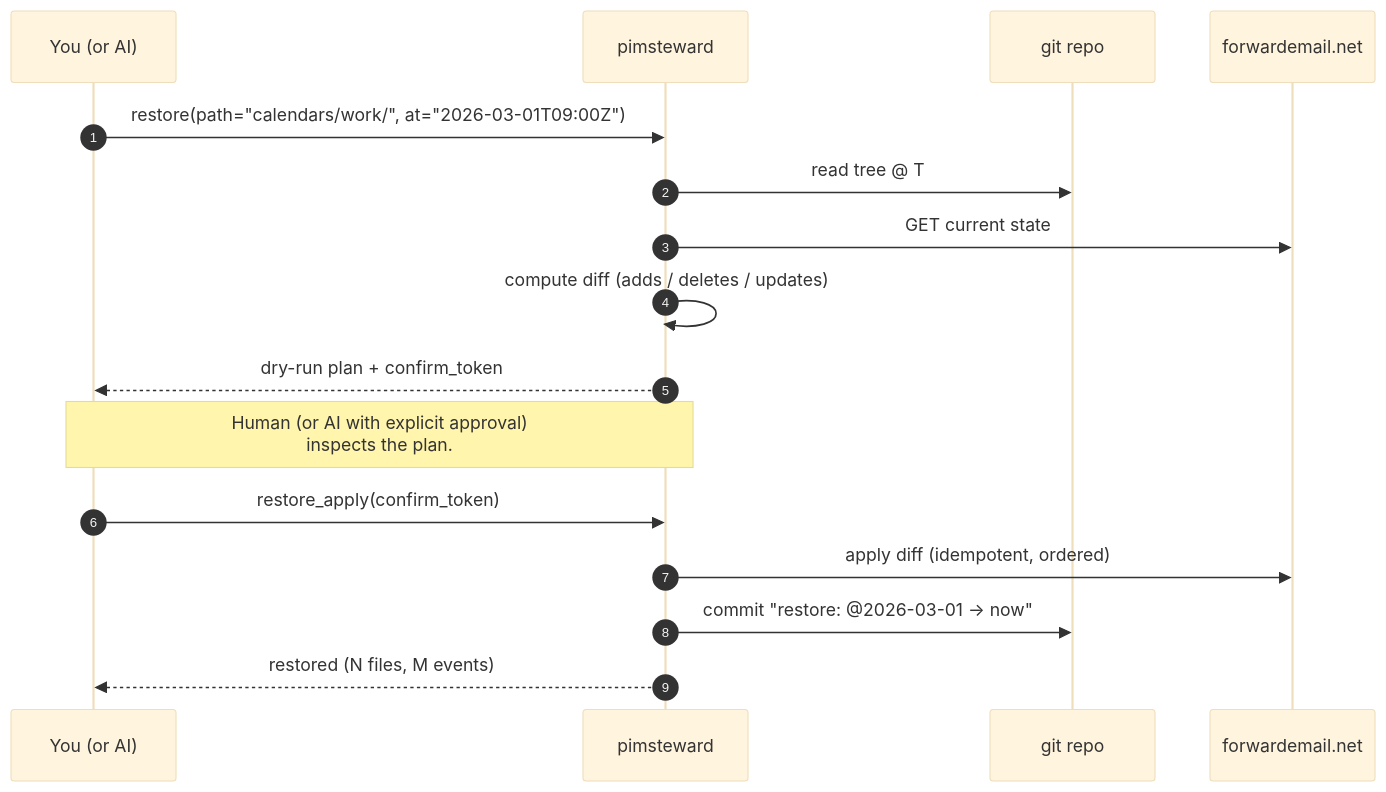
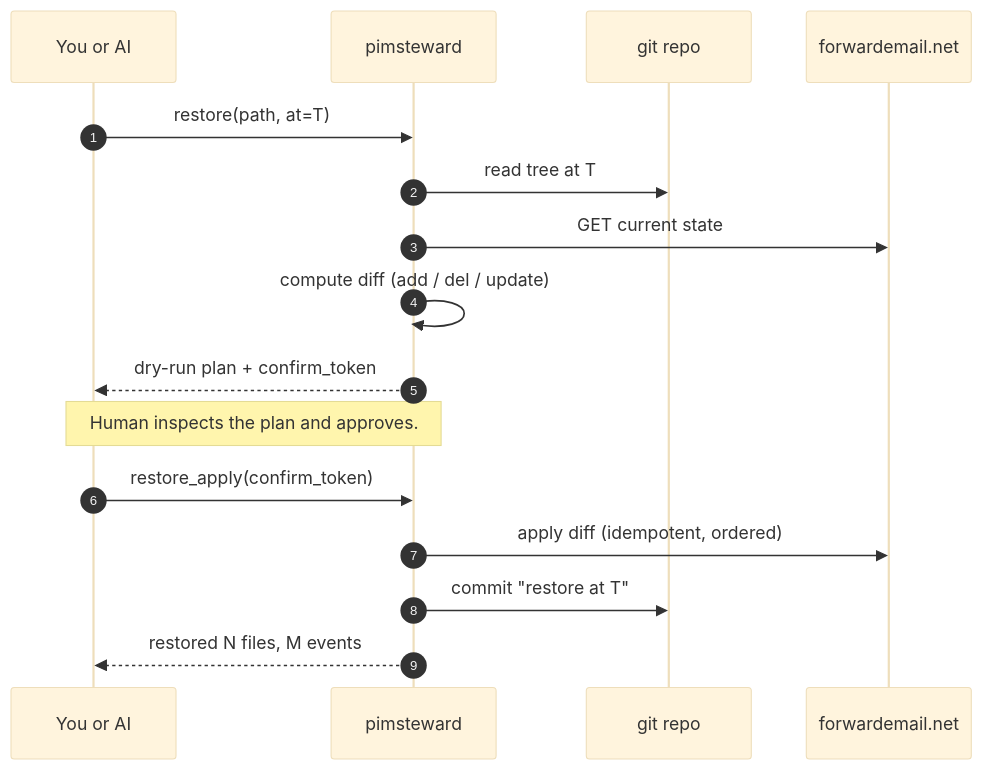
Before and after one commit to dcardamo/pimsteward: the third of 3 diagrams in README.md, drawn with Mermaid (base theme). The commit also changed other lines of this file, not shown here.

First line of the commit message:
docs: fix mermaid diagram text truncation

````diff
--- a/README.md
+++ b/README.md
@@ -213,19 +213,19 @@
 ```mermaid
 sequenceDiagram
     autonumber
-    participant U as You (or AI)
+    participant U as You or AI
     participant MCP as pimsteward
     participant G as git repo
     participant FE as forwardemail.net
 
-    U->>MCP: restore(path="calendars/work/", at="2026-03-01T09:00Z")
-    MCP->>G: read tree @ T
+    U->>MCP: restore(path, at=T)
+    MCP->>G: read tree at T
     MCP->>FE: GET current state
-    MCP->>MCP: compute diff (adds / deletes / updates)
+    MCP->>MCP: compute diff (add / del / update)
     MCP-->>U: dry-run plan + confirm_token
-    Note over U,MCP: Human (or AI with explicit approval)<br/>inspects the plan.
+    Note over U,MCP: Human inspects the plan and approves.
     U->>MCP: restore_apply(confirm_token)
     MCP->>FE: apply diff (idempotent, ordered)
-    MCP->>G: commit "restore: @2026-03-01 → now"
-    MCP-->>U: restored (N files, M events)
+    MCP->>G: commit "restore at T"
+    MCP-->>U: restored N files, M events
 ```
````
